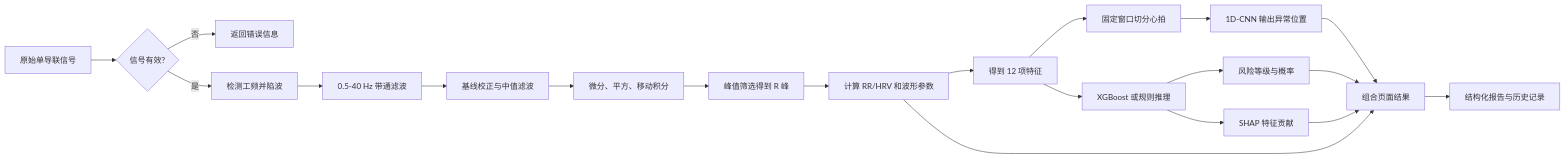
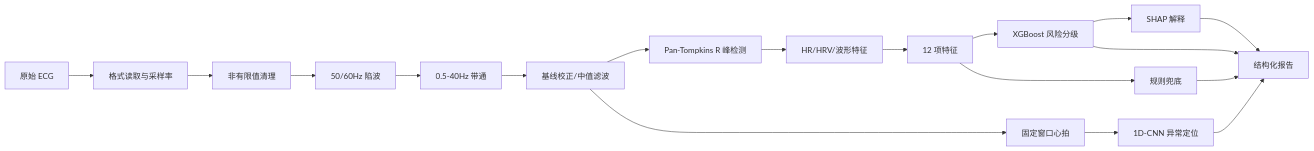
Before and after one commit to shyzwh/ecg-auxiliary-screening: the fourth of 4 diagrams in docs/设计文档.md, drawn with Mermaid. The commit also changed other lines of this file and 7 other files, not shown here.

````diff
--- a/docs/设计文档.md
+++ b/docs/设计文档.md
@@ -170,22 +121,20 @@
 ```mermaid
 flowchart LR
-    A[原始单导联信号] --> B{信号有效?}
-    B -- 否 --> X[返回错误信息]
-    B -- 是 --> C[检测工频并陷波]
-    C --> D[0.5-40 Hz 带通滤波]
-    D --> E[基线校正与中值滤波]
-    E --> F[微分、平方、移动积分]
-    F --> G[峰值筛选得到 R 峰]
-    G --> H[计算 RR/HRV 和波形参数]
-    H --> I[得到 12 项特征]
-    I --> J[固定窗口切分心拍]
-    J --> K[1D-CNN 输出异常位置]
-    I --> L[XGBoost 或规则推理]
-    L --> M[风险等级与概率]
-    L --> N[SHAP 特征贡献]
-    K --> O[组合页面结果]
+    A[原始 ECG] --> B[格式读取与采样率]
+    B --> C[非有限值清理]
+    C --> D[50/60Hz 陷波]
+    D --> E[0.5-40Hz 带通]
+    E --> F[基线校正/中值滤波]
+    F --> G[Pan-Tompkins R 峰检测]
+    G --> H[HR/HRV/波形特征]
+    H --> I[12 项特征]
+    I --> J[XGBoost 风险分级]
+    I --> K[规则兜底]
+    F --> L[固定窗口心拍]
+    L --> M[1D-CNN 异常定位]
+    J --> N[SHAP 解释]
+    K --> O[结构化报告]
+    J --> O
     M --> O
     N --> O
-    H --> O
-    O --> P[结构化报告与历史记录]
 ```
````
